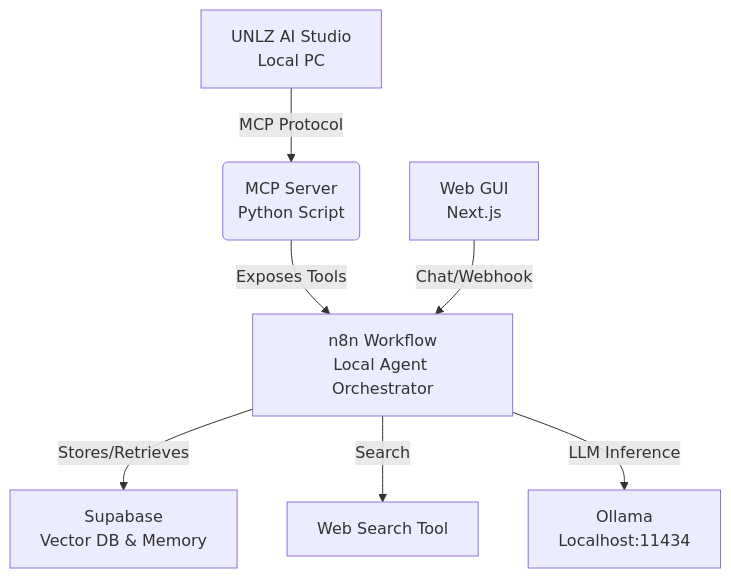
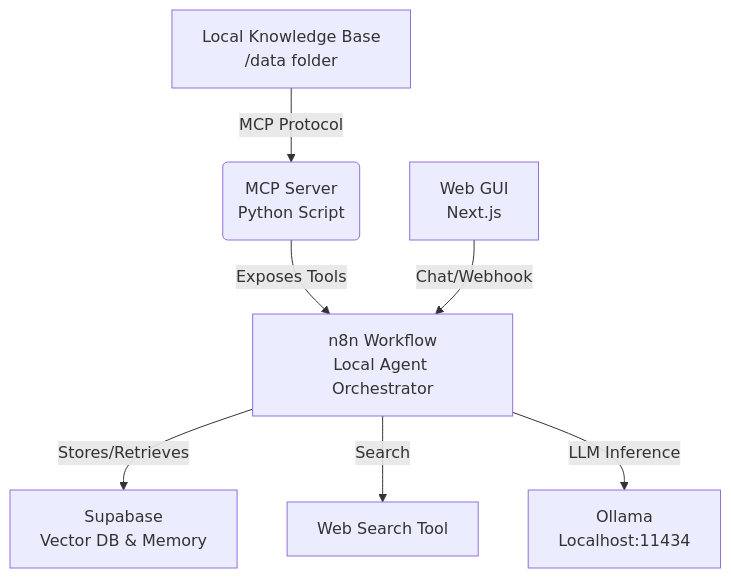
Before and after one commit to cristianlukas/UNLZ-Agent: the diagram in README.md, drawn with Mermaid. The commit also changed other lines of this file and 8 other files, not shown here.

````diff
--- a/README.md
+++ b/README.md
@@ -9,9 +9,9 @@
 ```mermaid
 graph TD
-    A[UNLZ AI Studio<br/>Local PC] -->|MCP Protocol| B(MCP Server<br/>Python Script)
+    A[Local Knowledge Base<br/>/data folder] -->|MCP Protocol| B(MCP Server<br/>Python Script)
     B -->|Exposes Tools| C[n8n Workflow<br/>Local Agent Orchestrator]
     C -->|Stores/Retrieves| D[Supabase<br/>Vector DB & Memory]
     C -->|Search| E[Web Search Tool]
     C -->|LLM Inference| F[Ollama<br/>Localhost:11434]
     G[Web GUI<br/>Next.js] -->|Chat/Webhook| C
 ```
````
